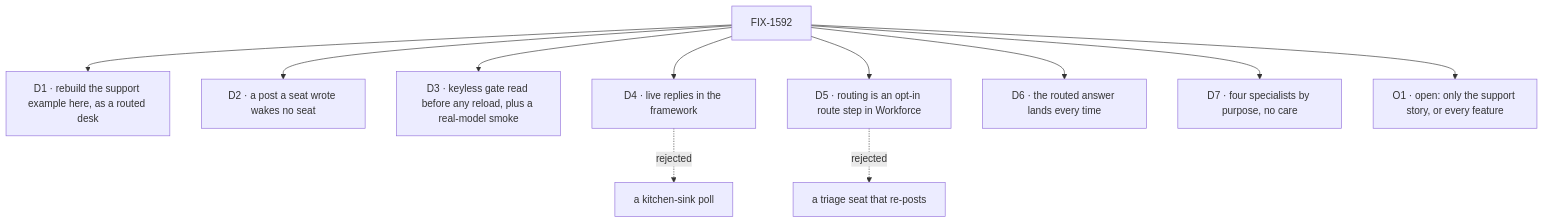
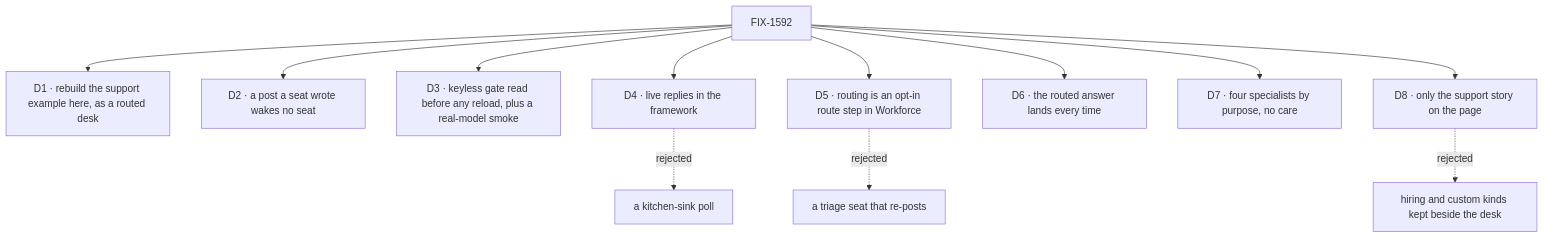
One commit to fixpoint-labs/flow-state-dev changed the diagram in specs/epics/FIX-1592/DECISIONS.md. Above: the diagram before and after it, drawn with Mermaid. The commit also changed other lines of this file and 5 other files, not shown here.

````diff
--- a/specs/epics/FIX-1592/DECISIONS.md
+++ b/specs/epics/FIX-1592/DECISIONS.md
@@ -10,13 +11,14 @@
 ```mermaid
 flowchart TD
   E["FIX-1592"] --> D1["D1 · rebuild the support example here, as a routed desk"]
   E --> D2["D2 · a post a seat wrote wakes no seat"]
   E --> D3["D3 · keyless gate read before any reload, plus a real-model smoke"]
   E --> D4["D4 · live replies in the framework"]
   D4 -.->|"rejected"| X4["a kitchen-sink poll"]
   E --> D5["D5 · routing is an opt-in route step in Workforce"]
   D5 -.->|"rejected"| X5["a triage seat that re-posts"]
   E --> D6["D6 · the routed answer lands every time"]
   E --> D7["D7 · four specialists by purpose, no care"]
-  E --> O1["O1 · open: only the support story, or every feature"]
+  E --> D8["D8 · only the support story on the page"]
+  D8 -.->|"rejected"| X8["hiring and custom kinds kept beside the desk"]
 ```
````
